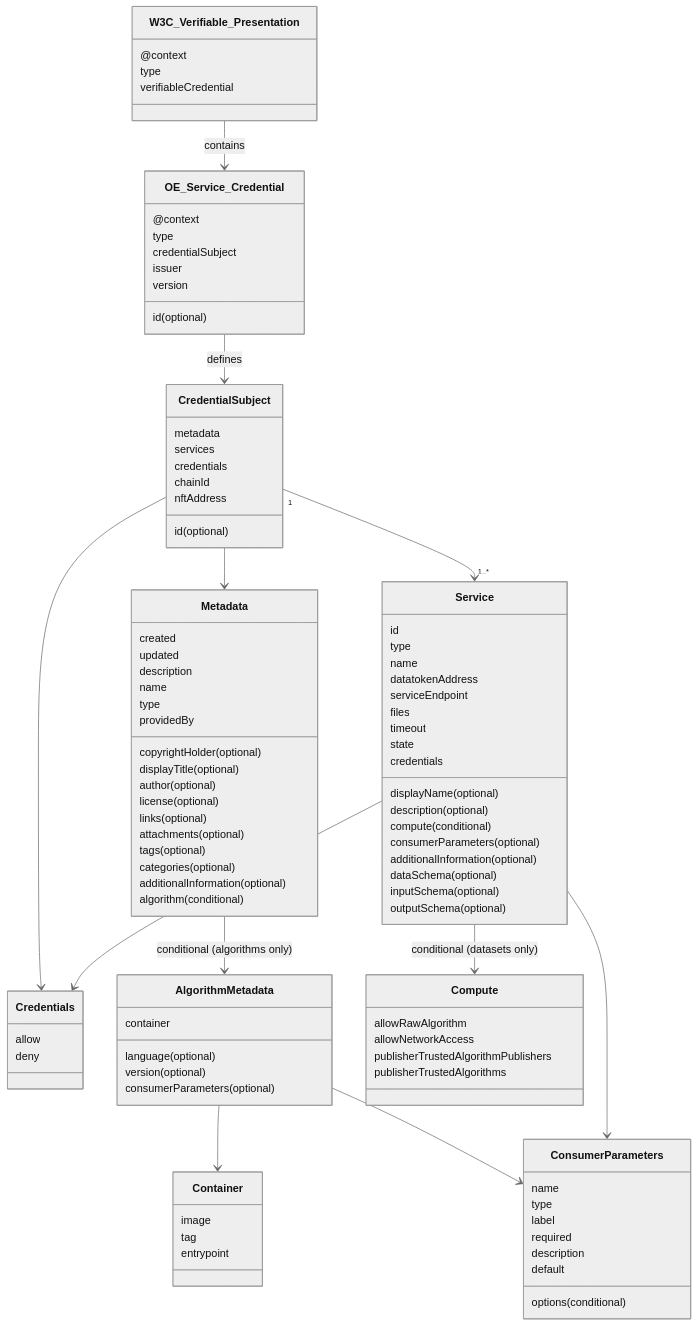
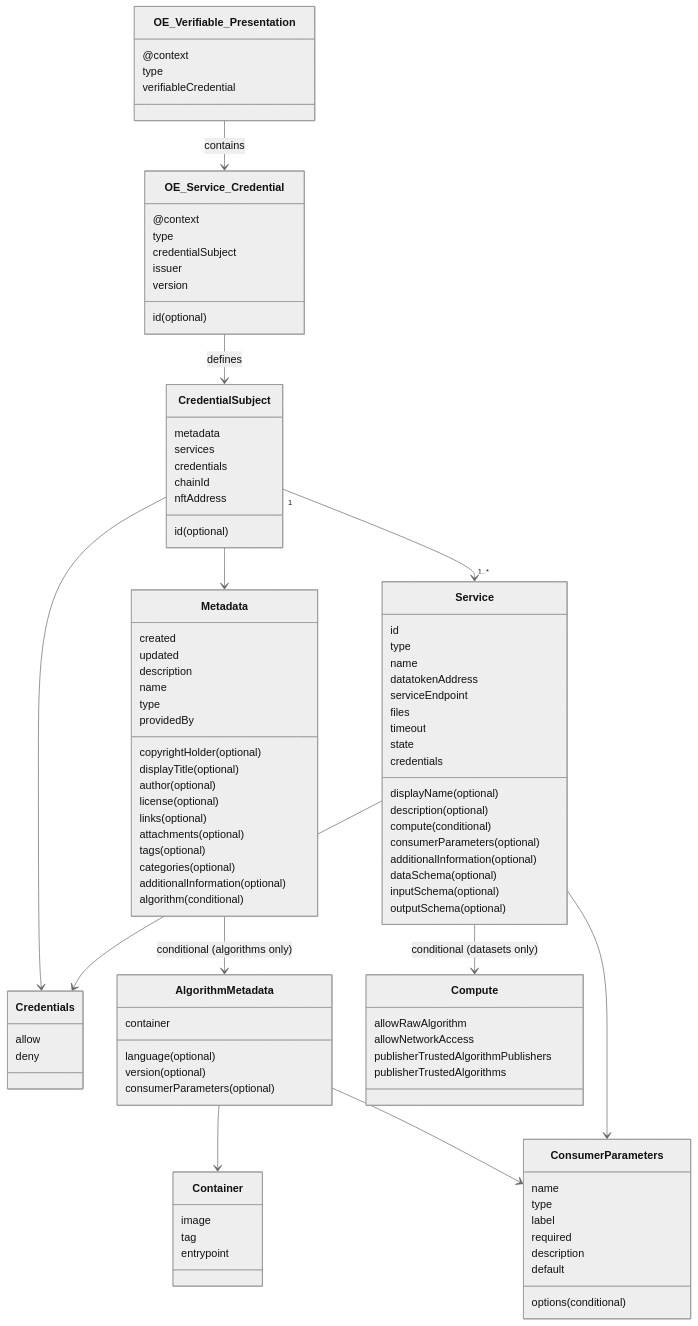
The diagram in pages/docs/ddo_credential/complete_overview.mdx (deltaDAO/pontusx-docs), drawn with Mermaid (neutral theme) before and after one commit. The commit also changed other lines of this file and 4 other files, not shown here.

Commit message:
docs: add DDO diagram svgs

````diff
--- a/pages/docs/ddo_credential/complete_overview.mdx
+++ b/pages/docs/ddo_credential/complete_overview.mdx
@@ -3,6 +5,6 @@
 ```mermaid
 classDiagram
-    class W3C_Verifiable_Presentation {
+    class OE_Verifiable_Presentation {
         @context
         type
         verifiableCredential
@@ -91,7 +93,7 @@
         publisherTrustedAlgorithms
     }
 
-    W3C_Verifiable_Presentation --> OE_Service_Credential : contains
+    OE_Verifiable_Presentation --> OE_Service_Credential : contains
     OE_Service_Credential --> CredentialSubject : defines
 
     CredentialSubject --> Metadata
````
